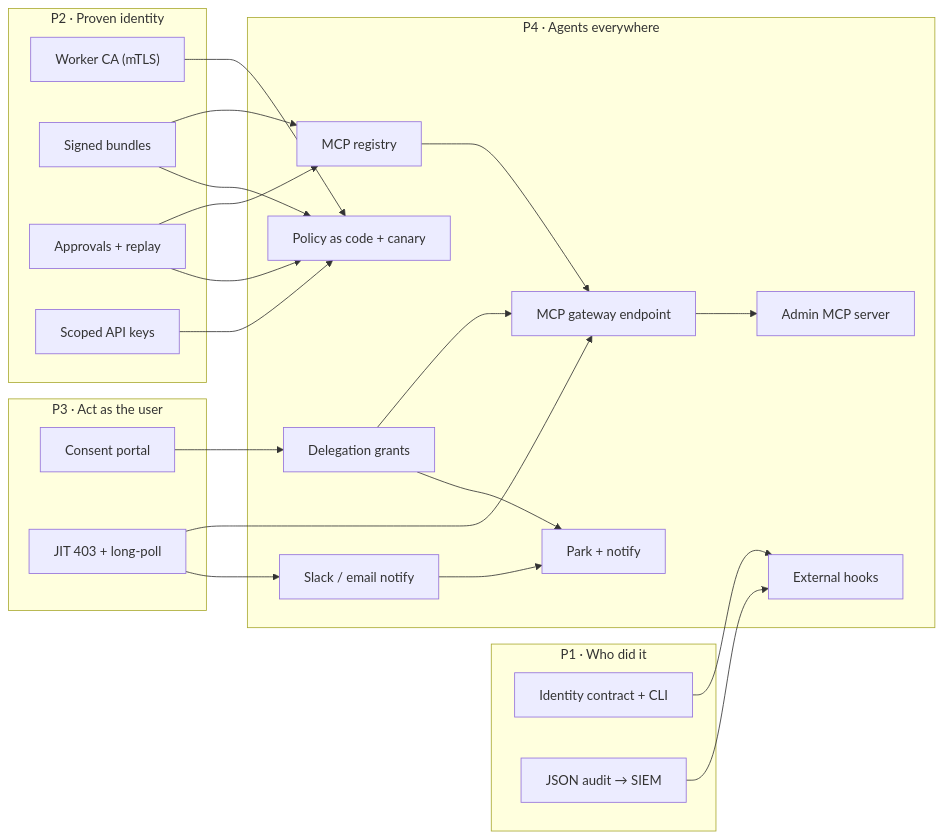
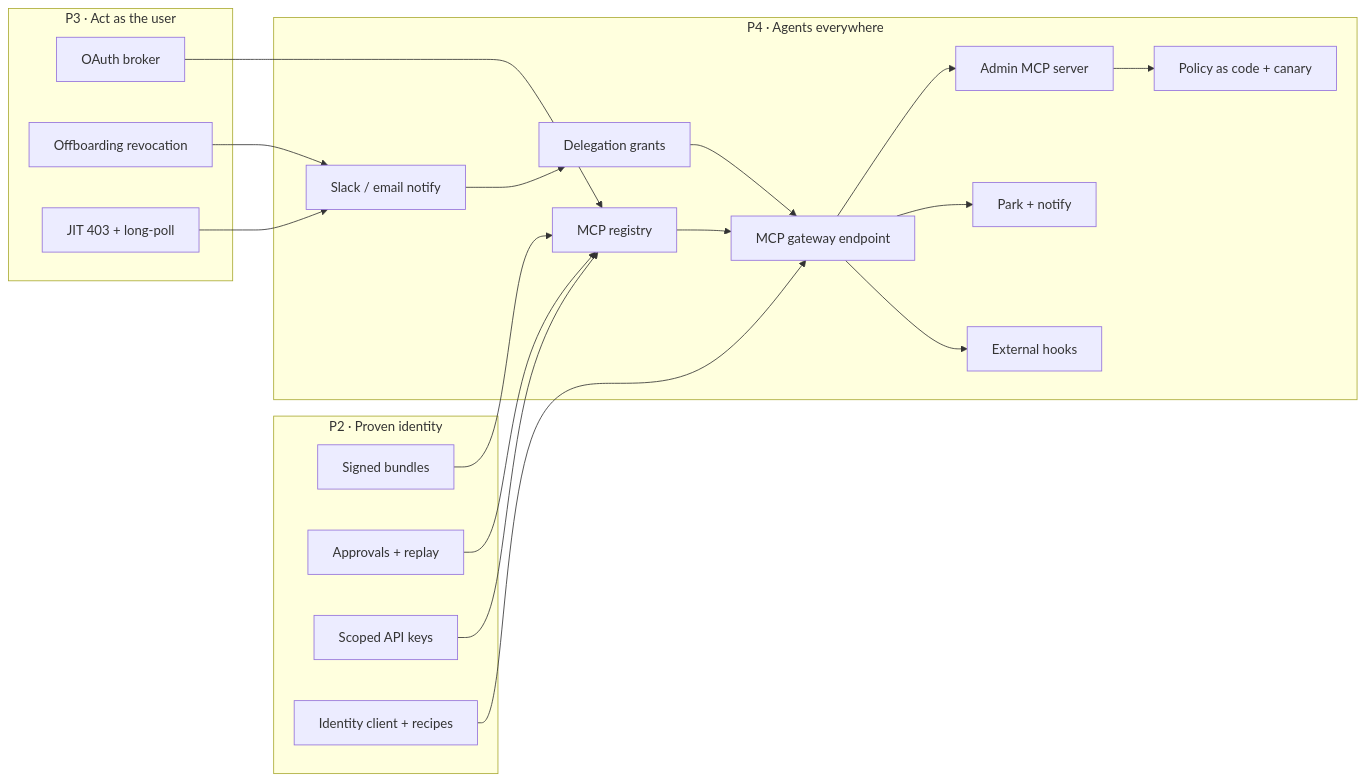
The fourth of 5 diagrams in docs/roadmap/README.md (ethosagent/warden), drawn with Mermaid before and after one commit. The commit also changed other lines of this file and 35 other files, not shown here.

First line of the commit message:
docs(roadmap): review Phase 4 tickets with requirements, plans and acceptance

````diff
--- a/docs/roadmap/README.md
+++ b/docs/roadmap/README.md
@@ -202,43 +202,38 @@
 ```mermaid
 flowchart LR
-  subgraph ph1["P1 · Who did it"]
-    p1_identity_contract["Identity contract + CLI"]
-    p1_json_audit["JSON audit → SIEM"]
-  end
   subgraph ph2["P2 · Proven identity"]
-    p2_worker_ca["Worker CA (mTLS)"]
     p2_signed_bundles["Signed bundles"]
     p2_approvals["Approvals + replay"]
     p2_api_keys["Scoped API keys"]
+    p2_recipes["Identity client + recipes"]
   end
   subgraph ph3["P3 · Act as the user"]
-    p3_consent_portal["Consent portal"]
+    p3_oauth_broker["OAuth broker"]
+    p3_offboarding["Offboarding revocation"]
     p3_jit["JIT 403 + long-poll"]
   end
   subgraph ph4["P4 · Agents everywhere"]
+    p4_mcp_registry["MCP registry"]
+    p4_notify["Slack / email notify"]
     p4_grants["Delegation grants"]
-    p4_mcp_registry["MCP registry"]
-    p4_gitops["Policy as code + canary"]
     p4_mcp_gateway["MCP gateway endpoint"]
     p4_admin_mcp["Admin MCP server"]
+    p4_gitops["Policy as code + canary"]
+    p4_park["Park + notify"]
     p4_hooks["External hooks"]
-    p4_notify["Slack / email notify"]
-    p4_park["Park + notify"]
   end
-  p3_consent_portal --> p4_grants
   p2_signed_bundles --> p4_mcp_registry
   p2_approvals --> p4_mcp_registry
-  p2_approvals --> p4_gitops
-  p2_signed_bundles --> p4_gitops
-  p2_worker_ca --> p4_gitops
-  p2_api_keys --> p4_gitops
+  p2_api_keys --> p4_mcp_registry
+  p3_oauth_broker --> p4_mcp_registry
+  p3_jit --> p4_notify
+  p3_offboarding --> p4_notify
+  p4_notify --> p4_grants
   p4_mcp_registry --> p4_mcp_gateway
   p4_grants --> p4_mcp_gateway
-  p3_jit --> p4_mcp_gateway
+  p2_recipes --> p4_mcp_gateway
   p4_mcp_gateway --> p4_admin_mcp
-  p1_identity_contract --> p4_hooks
-  p1_json_audit --> p4_hooks
-  p3_jit --> p4_notify
-  p4_notify --> p4_park
-  p4_grants --> p4_park
+  p4_admin_mcp --> p4_gitops
+  p4_mcp_gateway --> p4_park
+  p4_mcp_gateway --> p4_hooks
 ```
````
